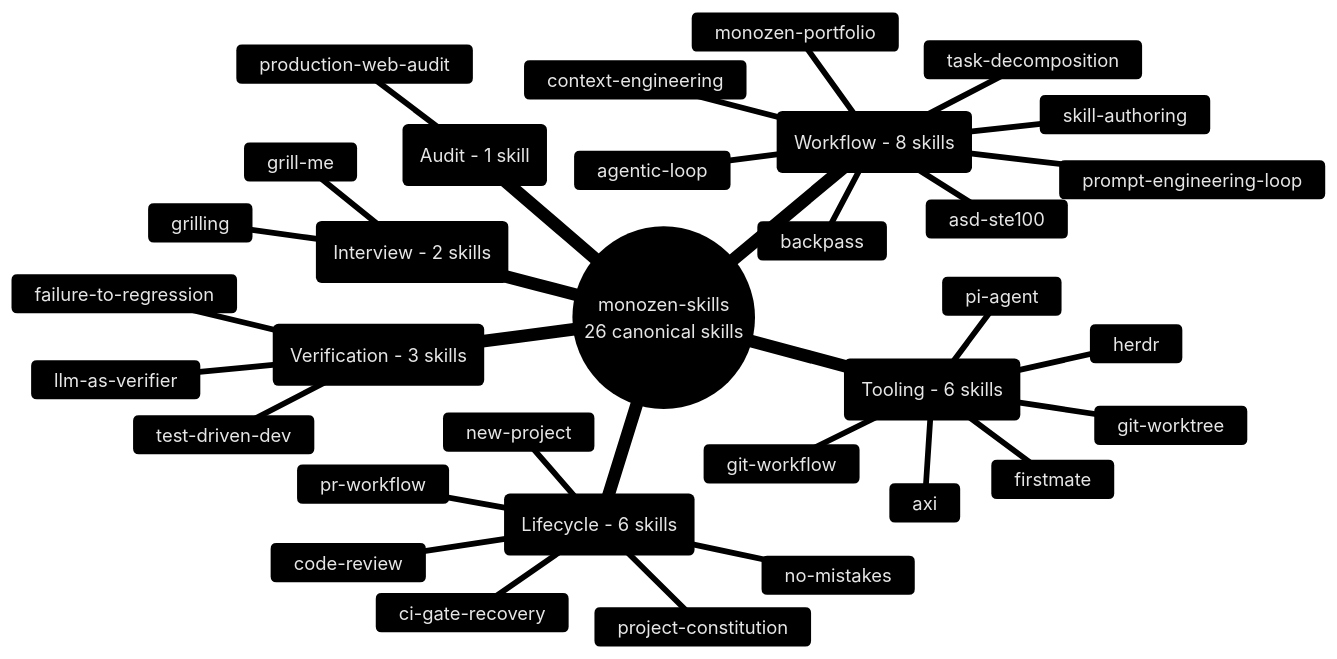
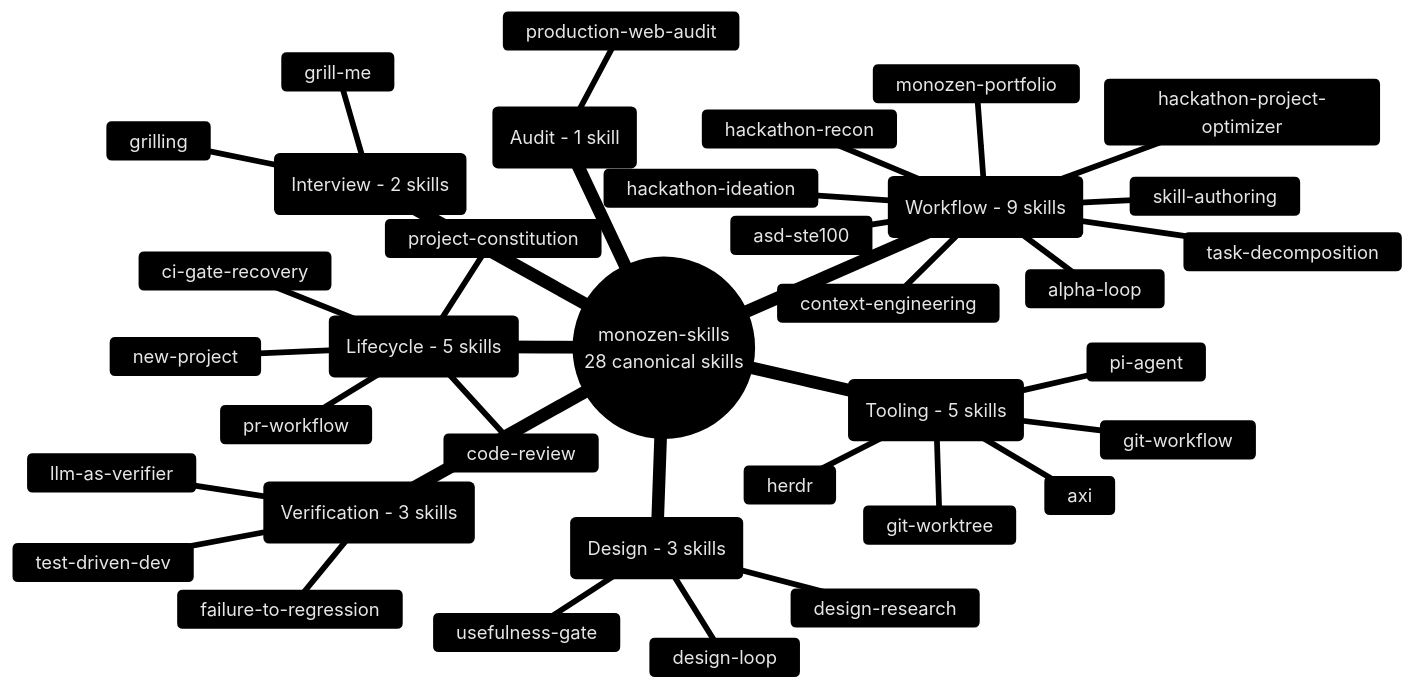
One commit to 8-BitRhyon/monozen-skills changed the diagram in assets/skill-taxonomy.mmd. Above: the diagram before and after it, drawn with Mermaid. The commit also changed 57 other files, not shown here.

First line of the commit message:
feat(skills): add the hackathon skill cluster (#36)

```diff
--- a/assets/skill-taxonomy.mmd
+++ b/assets/skill-taxonomy.mmd
@@ -1,36 +1,39 @@
 %%{init: {'theme': 'base', 'themeVariables': {'primaryColor': '#1a1a2e', 'primaryTextColor': '#e6e6e6', 'primaryBorderColor': '#8b7eff', 'lineColor': '#5a5a8a', 'secondaryColor': '#12132b', 'tertiaryColor': '#0b0c15', 'fontFamily': 'Inter, system-ui, sans-serif'}}}%%
 
 mindmap
-  root((monozen-skills<br/>26 canonical skills))
-    ::_(Lifecycle - 6 skills)
+  root((monozen-skills<br/>28 canonical skills))
+    ::_(Lifecycle - 5 skills)
       new-project
       project-constitution
       code-review
       pr-workflow
       ci-gate-recovery
-      no-mistakes
     ::_(Verification - 3 skills)
       test-driven-dev
       failure-to-regression
       llm-as-verifier
     ::_(Interview - 2 skills)
       grill-me
       grilling
-    ::_(Workflow - 8 skills)
-      agentic-loop
+    ::_(Workflow - 9 skills)
+      alpha-loop
       asd-ste100
-      backpass
+      hackathon-ideation
+      hackathon-project-optimizer
+      hackathon-recon
       monozen-portfolio
       task-decomposition
       context-engineering
-      prompt-engineering-loop
       skill-authoring
+    ::_(Design - 3 skills)
+      design-loop
+      design-research
+      usefulness-gate
     ::_(Audit - 1 skill)
       production-web-audit
-    ::_(Tooling - 6 skills)
+    ::_(Tooling - 5 skills)
       axi
-      firstmate
       pi-agent
       herdr
       git-worktree
       git-workflow
```
